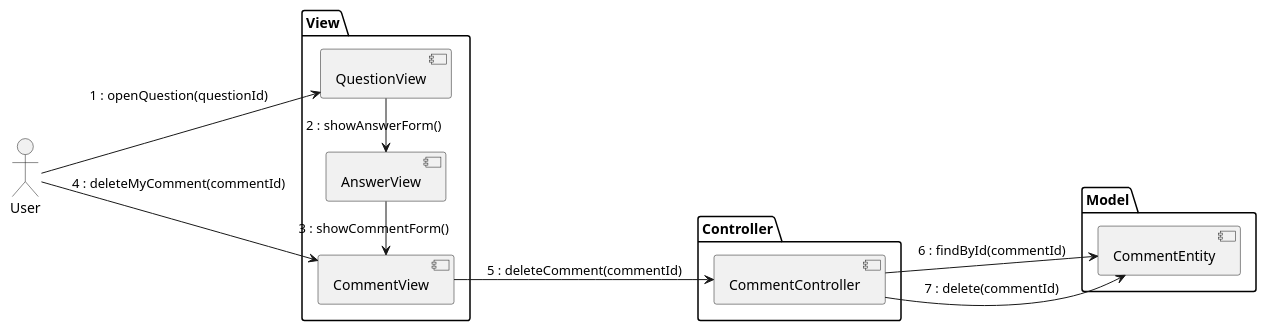
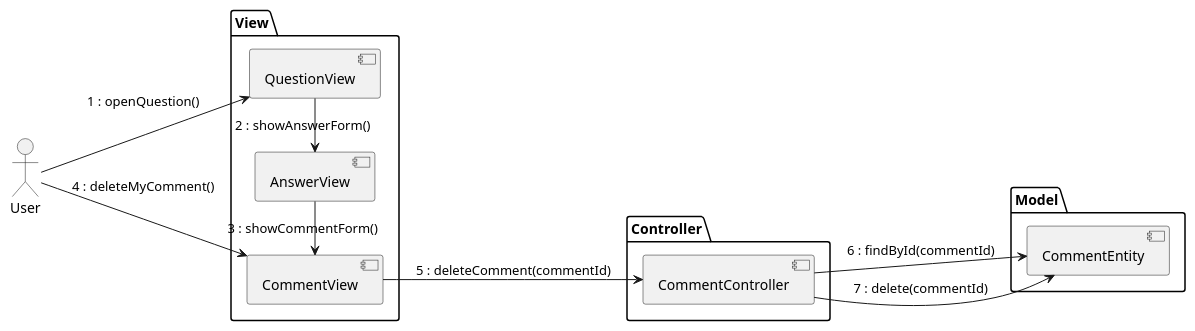
One commit to rafaelacirino/miw-backend-foro changed the diagram in src/main/resources/templates/logic/useCasesAnalysis/deleteCommentAnalysis.puml. Above: the diagram before and after it, drawn with PlantUML. The commit also changed 10 other files, not shown here.

Commit message:
update diagrams

```diff
--- a/src/main/resources/templates/logic/useCasesAnalysis/deleteCommentAnalysis.puml
+++ b/src/main/resources/templates/logic/useCasesAnalysis/deleteCommentAnalysis.puml
@@ -1,30 +1,30 @@
 @startuml
 
 left to right direction
 
 actor User
 
 package View {
     [QuestionView]
     [AnswerView]
     [CommentView]
 }
 
 package Controller {
     [CommentController]
 }
 
 package Model {
     [CommentEntity]
 }
 
-User --> [QuestionView] : 1 : openQuestion(questionId)
+User --> [QuestionView] : 1 : openQuestion()
 [QuestionView] -left-> [AnswerView] : 2 : showAnswerForm()
 [AnswerView] -left-> [CommentView] : 3 : showCommentForm()
-User --> [CommentView] : 4 : deleteMyComment(commentId)
+User --> [CommentView] : 4 : deleteMyComment()
 [CommentView] --> [CommentController] : 5 : deleteComment(commentId)
 
 [CommentController] --> [CommentEntity] : 6 : findById(commentId)
 [CommentController] --> [CommentEntity] : 7 : delete(commentId)
 
 @enduml
```
